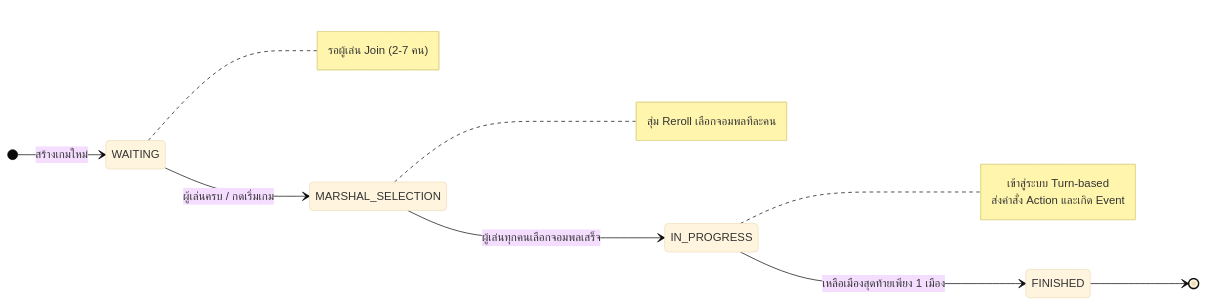
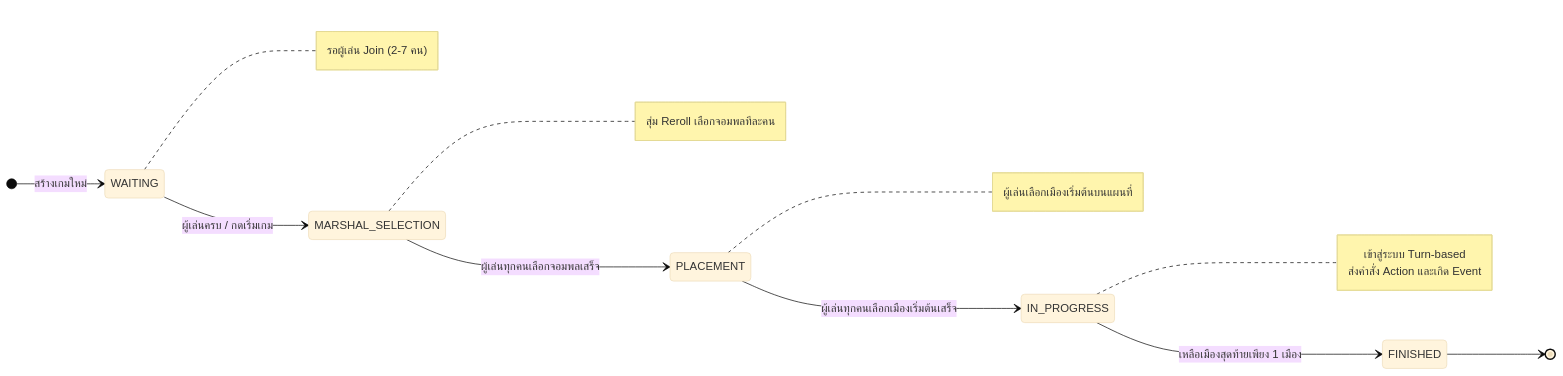
Before and after one commit to punnavit-prongsavaroj/EternalClash2: the first of 2 diagrams in doc/Design/state_diagram.md, drawn with Mermaid (base theme). The commit also changed 107 other files, not shown here.

````diff
--- a/doc/Design/state_diagram.md
+++ b/doc/Design/state_diagram.md
@@ -8,27 +8,33 @@
 ```mermaid
 stateDiagram-v2
     direction LR
     
     [*] --> WAITING : สร้างเกมใหม่
     
     WAITING --> MARSHAL_SELECTION : ผู้เล่นครบ / กดเริ่มเกม
     
-    MARSHAL_SELECTION --> IN_PROGRESS : ผู้เล่นทุกคนเลือกจอมพลเสร็จ
+    MARSHAL_SELECTION --> PLACEMENT : ผู้เล่นทุกคนเลือกจอมพลเสร็จ
+    
+    PLACEMENT --> IN_PROGRESS : ผู้เล่นทุกคนเลือกเมืองเริ่มต้นเสร็จ
     
     IN_PROGRESS --> FINISHED : เหลือเมืองสุดท้ายเพียง 1 เมือง
     
     FINISHED --> [*]
     
     note right of WAITING
       รอผู้เล่น Join (2-7 คน)
     end note
     
     note right of MARSHAL_SELECTION
       สุ่ม Reroll เลือกจอมพลทีละคน
     end note
     
+    note right of PLACEMENT
+      ผู้เล่นเลือกเมืองเริ่มต้นบนแผนที่
+    end note
+    
     note right of IN_PROGRESS
       เข้าสู่ระบบ Turn-based
       ส่งคำสั่ง Action และเกิด Event
     end note
 ```
````
